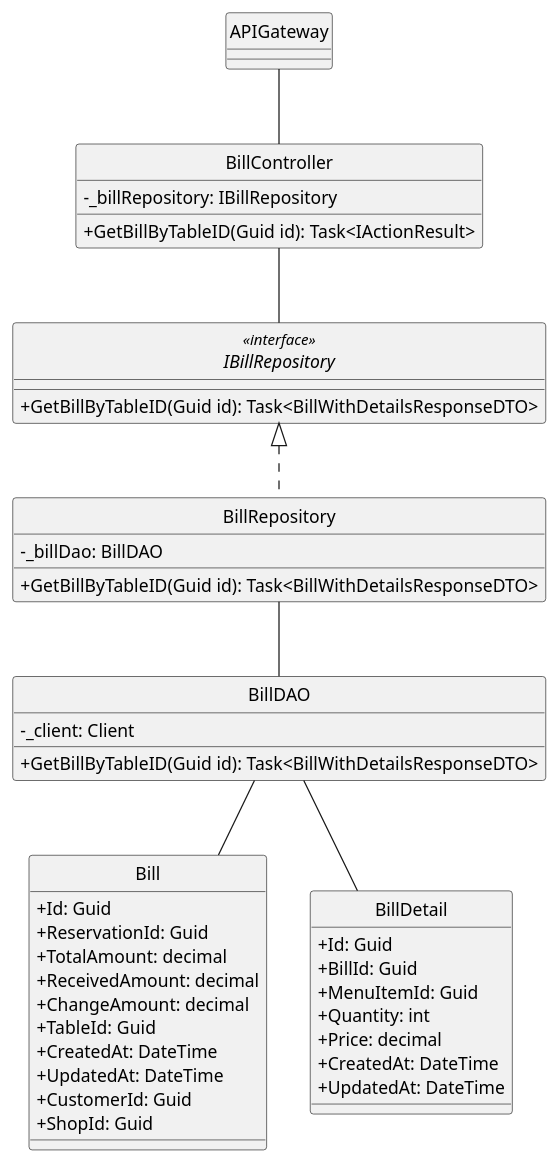
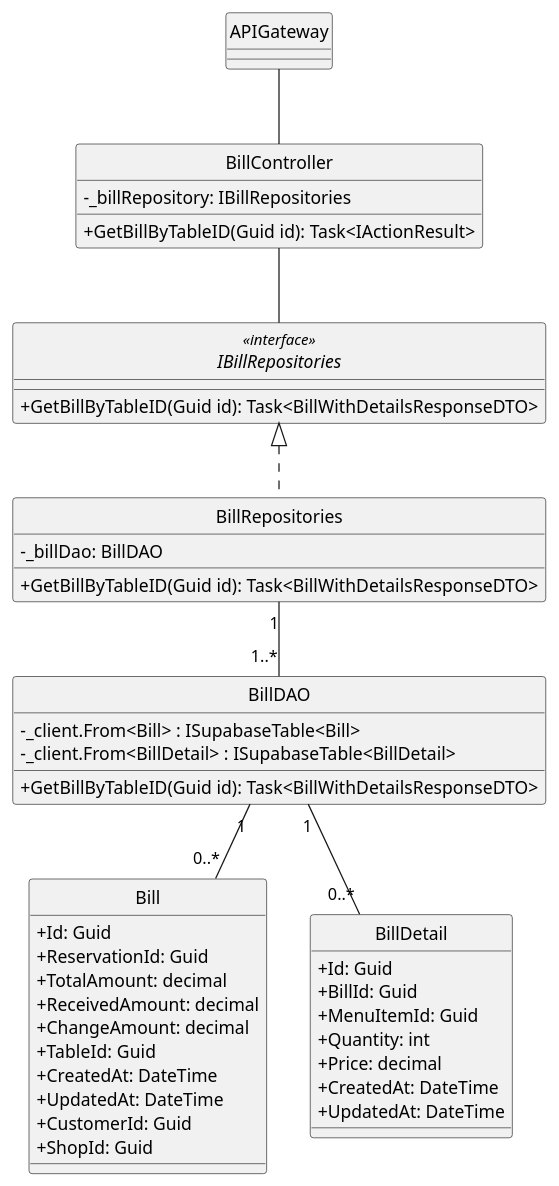
Before and after one commit to minhnhut23/FPT-OBOMS: the diagram in docs/ClassDiagram/Bill/GetByTableID/GetBillByTableID.plantuml, drawn with PlantUML. The commit also changed 10 other files, not shown here.

Commit message:
sequence diagram for bill feature

```diff
--- a/docs/ClassDiagram/Bill/GetByTableID/GetBillByTableID.plantuml
+++ b/docs/ClassDiagram/Bill/GetByTableID/GetBillByTableID.plantuml
@@ -1,58 +1,59 @@
 @startuml
 hide circle
 skinparam classAttributeIconSize 0
 
 class APIGateway {
 }
 
 class BillController {
-    - _billRepository: IBillRepository
+    - _billRepository: IBillRepositories
     + GetBillByTableID(Guid id): Task<IActionResult>
 }
 
-interface IBillRepository<<interface>> {
+interface IBillRepositories<<interface>> {
     + GetBillByTableID(Guid id): Task<BillWithDetailsResponseDTO>
 }
 
-class BillRepository {
+class BillRepositories {
     - _billDao: BillDAO
     + GetBillByTableID(Guid id): Task<BillWithDetailsResponseDTO>
 }
 
 class BillDAO {
-    - _client: Client
+    - _client.From<Bill> : ISupabaseTable<Bill>
+    - _client.From<BillDetail> : ISupabaseTable<BillDetail>
     + GetBillByTableID(Guid id): Task<BillWithDetailsResponseDTO>
 }
 
 
 class Bill {
     + Id: Guid
     + ReservationId: Guid
     + TotalAmount: decimal
     + ReceivedAmount: decimal
     + ChangeAmount: decimal
     + TableId: Guid
     + CreatedAt: DateTime
     + UpdatedAt: DateTime
     + CustomerId: Guid
     + ShopId: Guid
 }
 
 class BillDetail {
     + Id: Guid
     + BillId: Guid
     + MenuItemId: Guid
     + Quantity: int
     + Price: decimal
     + CreatedAt: DateTime
     + UpdatedAt: DateTime
 }
 
 APIGateway -- BillController
-BillController -- IBillRepository
-IBillRepository <|.. BillRepository
-BillRepository -- BillDAO
-BillDAO -- Bill
-BillDAO -- BillDetail
+BillController -- IBillRepositories
+IBillRepositories <|.. BillRepositories
+BillRepositories "1" -- "1..*" BillDAO
+BillDAO "1" -- "0..*" Bill
+BillDAO "1" -- "0..*" BillDetail
 
 @enduml
```
